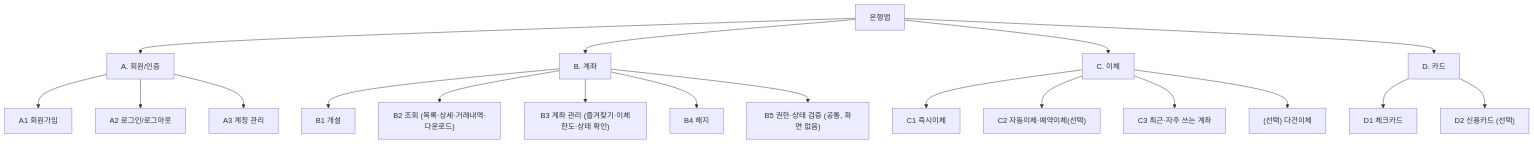
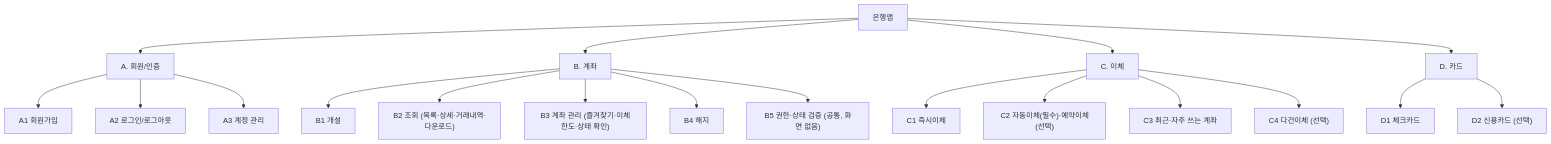
One commit to jimin3452-create/banking-web-app changed the first of 3 diagrams in product-spec.md. Above: the diagram before and after it, drawn with Mermaid. The commit also changed other lines of this file and 2 other files, not shown here.

````diff
--- a/product-spec.md
+++ b/product-spec.md
@@ -57,22 +62,22 @@
 ```mermaid
 flowchart TD
     APP[은행앱]
     APP --> A["A. 회원/인증"]
     APP --> B["B. 계좌"]
     APP --> C["C. 이체"]
     APP --> D["D. 카드"]
     A --> A1["A1 회원가입"]
     A --> A2["A2 로그인/로그아웃"]
     A --> A3["A3 계정 관리"]
     B --> B1["B1 개설"]
     B --> B2["B2 조회 (목록·상세·거래내역·다운로드)"]
     B --> B3["B3 계좌 관리 (즐겨찾기·이체한도·상태 확인)"]
     B --> B4["B4 해지"]
     B --> B5["B5 권한·상태 검증 (공통, 화면 없음)"]
     C --> C1["C1 즉시이체"]
-    C --> C2["C2 자동이체·예약이체(선택)"]
+    C --> C2["C2 자동이체(필수)·예약이체(선택)"]
     C --> C3["C3 최근·자주 쓰는 계좌"]
-    C --> C4["(선택) 다건이체"]
+    C --> C4["C4 다건이체 (선택)"]
     D --> D1["D1 체크카드"]
     D --> D2["D2 신용카드 (선택)"]
 ```
````
